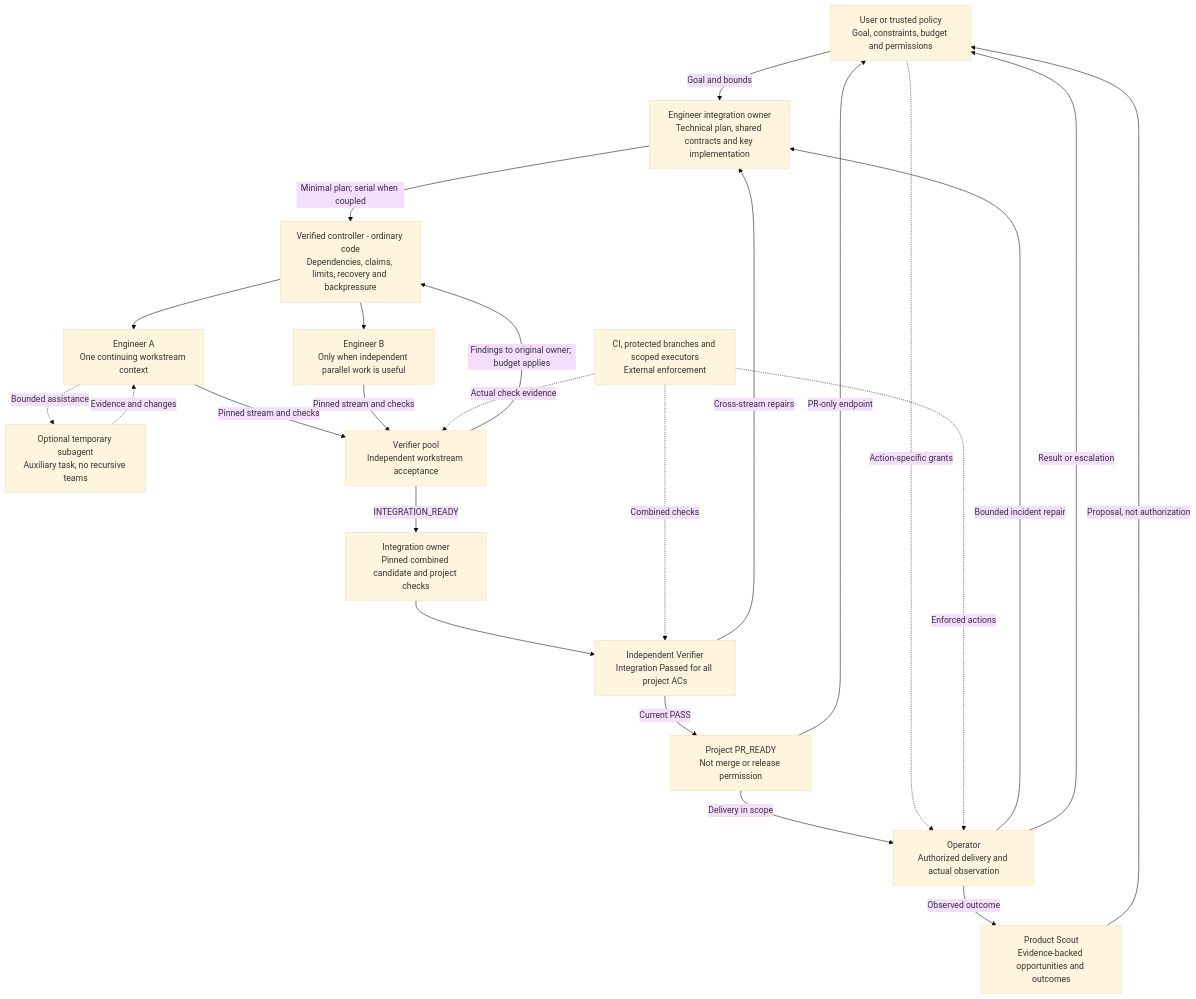
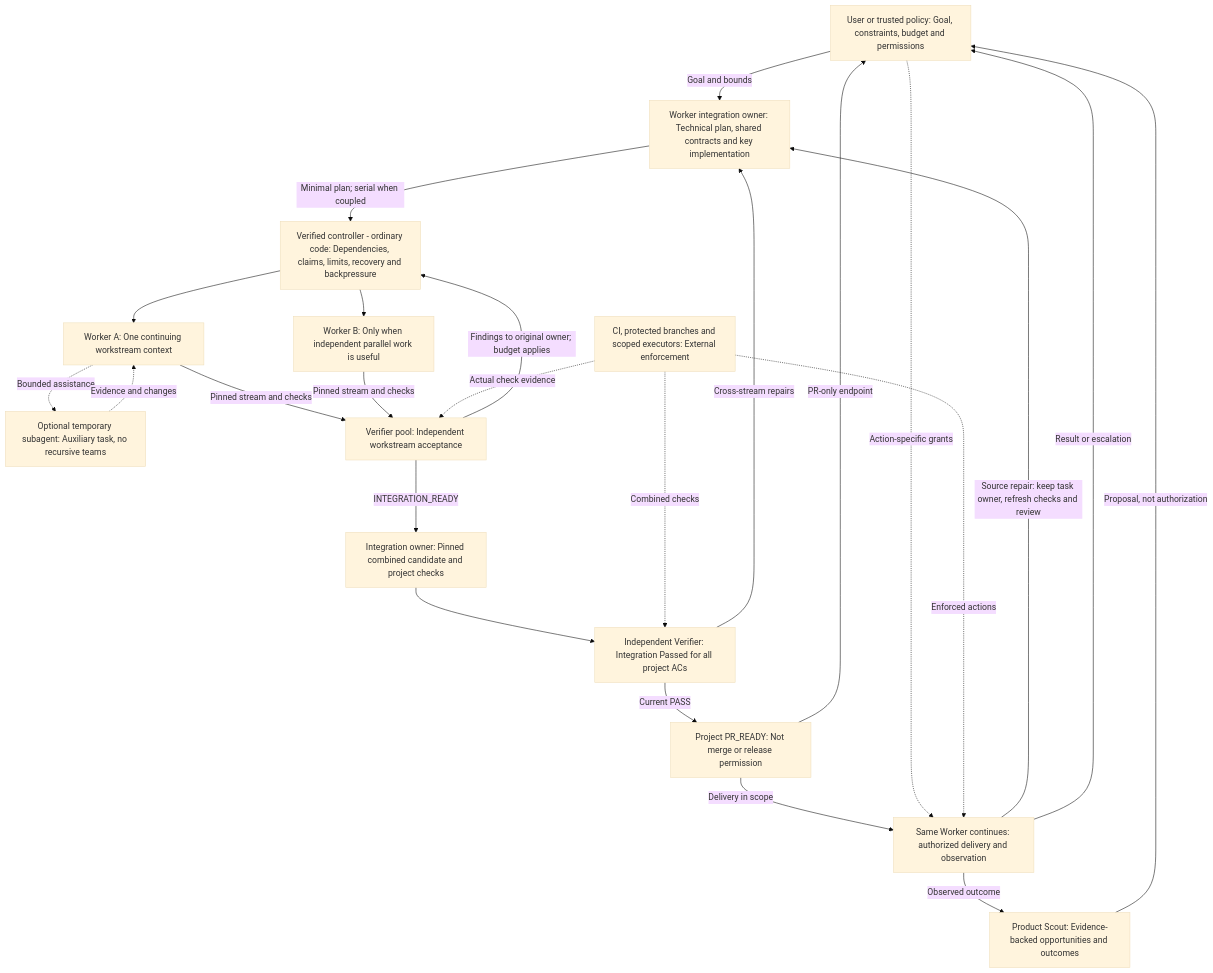
The diagram in workflows/architecture.mmd (daiyanze/surgical-dev), drawn with Mermaid (base theme) before and after one commit. The commit also changed 102 other files, not shown here.

Commit message:
Unify implementation and operations under Worker

```diff
--- a/workflows/architecture.mmd
+++ b/workflows/architecture.mmd
@@ -1,38 +1,38 @@
 flowchart TB
-    U["User or trusted policy<br/>Goal, constraints, budget and permissions"]
-    S["Product Scout<br/>Evidence-backed opportunities and outcomes"]
-    L["Engineer integration owner<br/>Technical plan, shared contracts and key implementation"]
-    C["Verified controller - ordinary code<br/>Dependencies, claims, limits, recovery and backpressure"]
-    E1["Engineer A<br/>One continuing workstream context"]
-    E2["Engineer B<br/>Only when independent parallel work is useful"]
-    W["Optional temporary subagent<br/>Auxiliary task, no recursive teams"]
-    V["Verifier pool<br/>Independent workstream acceptance"]
-    I["Integration owner<br/>Pinned combined candidate and project checks"]
-    IV["Independent Verifier<br/>Integration Passed for all project ACs"]
-    P["Project PR_READY<br/>Not merge or release permission"]
-    O["Operator<br/>Authorized delivery and actual observation"]
-    G["CI, protected branches and scoped executors<br/>External enforcement"]
+    U["User or trusted policy: Goal, constraints, budget and permissions"]
+    S["Product Scout: Evidence-backed opportunities and outcomes"]
+    L["Worker integration owner: Technical plan, shared contracts and key implementation"]
+    C["Verified controller - ordinary code: Dependencies, claims, limits, recovery and backpressure"]
+    E1["Worker A: One continuing workstream context"]
+    E2["Worker B: Only when independent parallel work is useful"]
+    W["Optional temporary subagent: Auxiliary task, no recursive teams"]
+    V["Verifier pool: Independent workstream acceptance"]
+    I["Integration owner: Pinned combined candidate and project checks"]
+    IV["Independent Verifier: Integration Passed for all project ACs"]
+    P["Project PR_READY: Not merge or release permission"]
+    D["Same Worker continues: authorized delivery and observation"]
+    G["CI, protected branches and scoped executors: External enforcement"]
 
     S -->|"Proposal, not authorization"| U
     U -->|"Goal and bounds"| L
     L -->|"Minimal plan; serial when coupled"| C
     C --> E1
     C --> E2
     E1 -.->|"Bounded assistance"| W
     W -.->|"Evidence and changes"| E1
     E1 -->|"Pinned stream and checks"| V
     E2 -->|"Pinned stream and checks"| V
     V -->|"Findings to original owner; budget applies"| C
     V -->|"INTEGRATION_READY"| I
     I --> IV
     IV -->|"Cross-stream repairs"| L
     IV -->|"Current PASS"| P
     P -->|"PR-only endpoint"| U
-    P -->|"Delivery in scope"| O
-    U -.->|"Action-specific grants"| O
-    O -->|"Observed outcome"| S
-    O -->|"Bounded incident repair"| L
-    O -->|"Result or escalation"| U
+    P -->|"Delivery in scope"| D
+    U -.->|"Action-specific grants"| D
+    D -->|"Observed outcome"| S
+    D -->|"Source repair: keep task owner, refresh checks and review"| L
+    D -->|"Result or escalation"| U
     G -.->|"Actual check evidence"| V
     G -.->|"Combined checks"| IV
-    G -.->|"Enforced actions"| O
+    G -.->|"Enforced actions"| D
```
